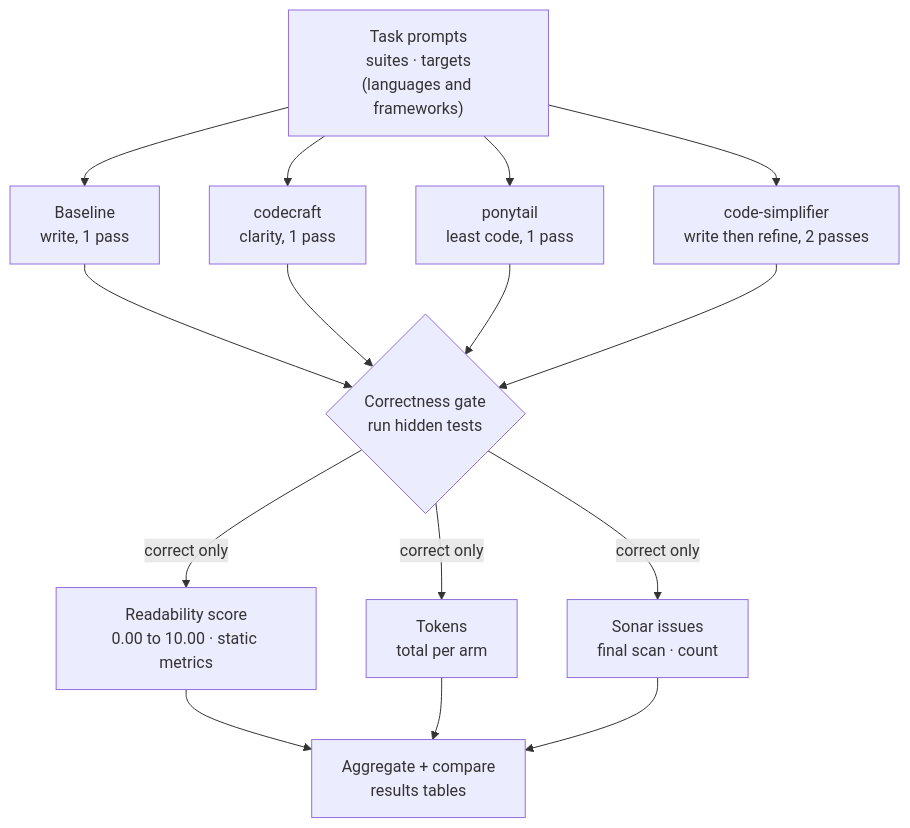
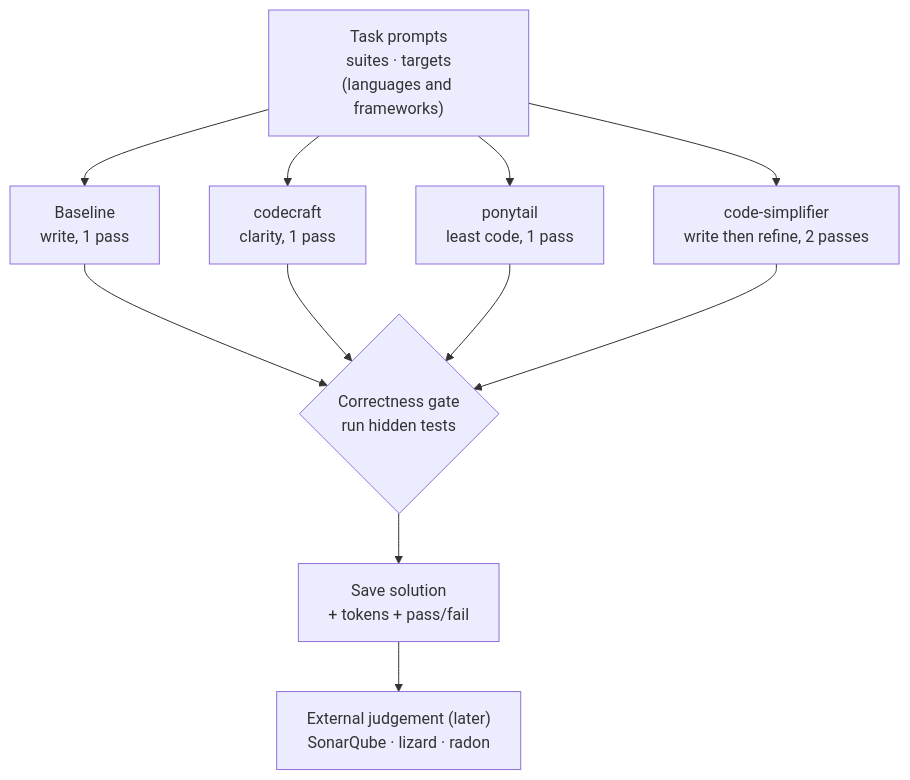
One commit to andreafreda/codecraft changed the diagram in comparison/COMPARISON.md. Above: the diagram before and after it, drawn with Mermaid. The commit also changed other lines of this file and 30 other files, not shown here.

First line of the commit message:
comparison: drop custom readability scoring; generate + save code only

````diff
--- a/comparison/COMPARISON.md
+++ b/comparison/COMPARISON.md
@@ -116,18 +122,14 @@
 ```mermaid
 flowchart TD
     P["Task prompts<br/>suites · targets<br/>(languages and frameworks)"]
     P --> A["Baseline<br/>write, 1 pass"]
     P --> B["codecraft<br/>clarity, 1 pass"]
     P --> D["ponytail<br/>least code, 1 pass"]
     P --> C["code-simplifier<br/>write then refine, 2 passes"]
     A --> G{"Correctness gate<br/>run hidden tests"}
     B --> G
     D --> G
     C --> G
-    G -->|correct only| R["Readability score<br/>0.00 to 10.00 · static metrics"]
-    G -->|correct only| T["Tokens<br/>total per arm"]
-    G -->|correct only| S["Sonar issues<br/>final scan · count"]
-    R --> AG["Aggregate + compare<br/>results tables"]
-    T --> AG
-    S --> AG
+    G --> SV["Save solution<br/>+ tokens + pass/fail"]
+    SV --> EXT["External judgement (later)<br/>SonarQube · lizard · radon"]
 ```
````
